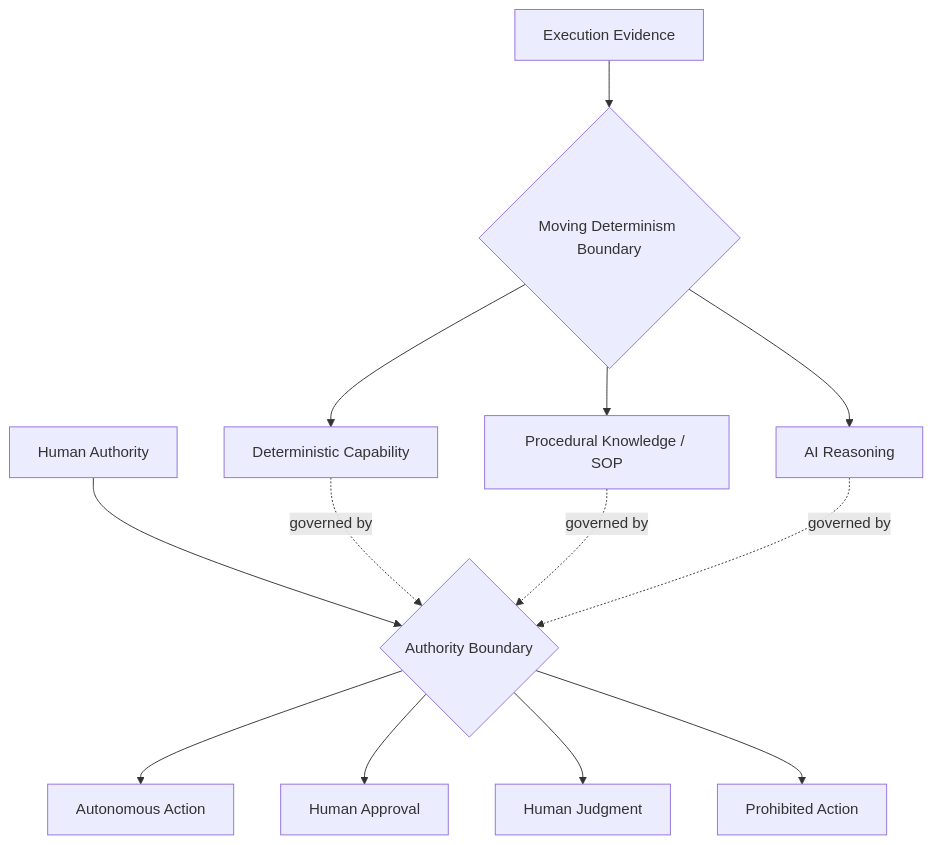
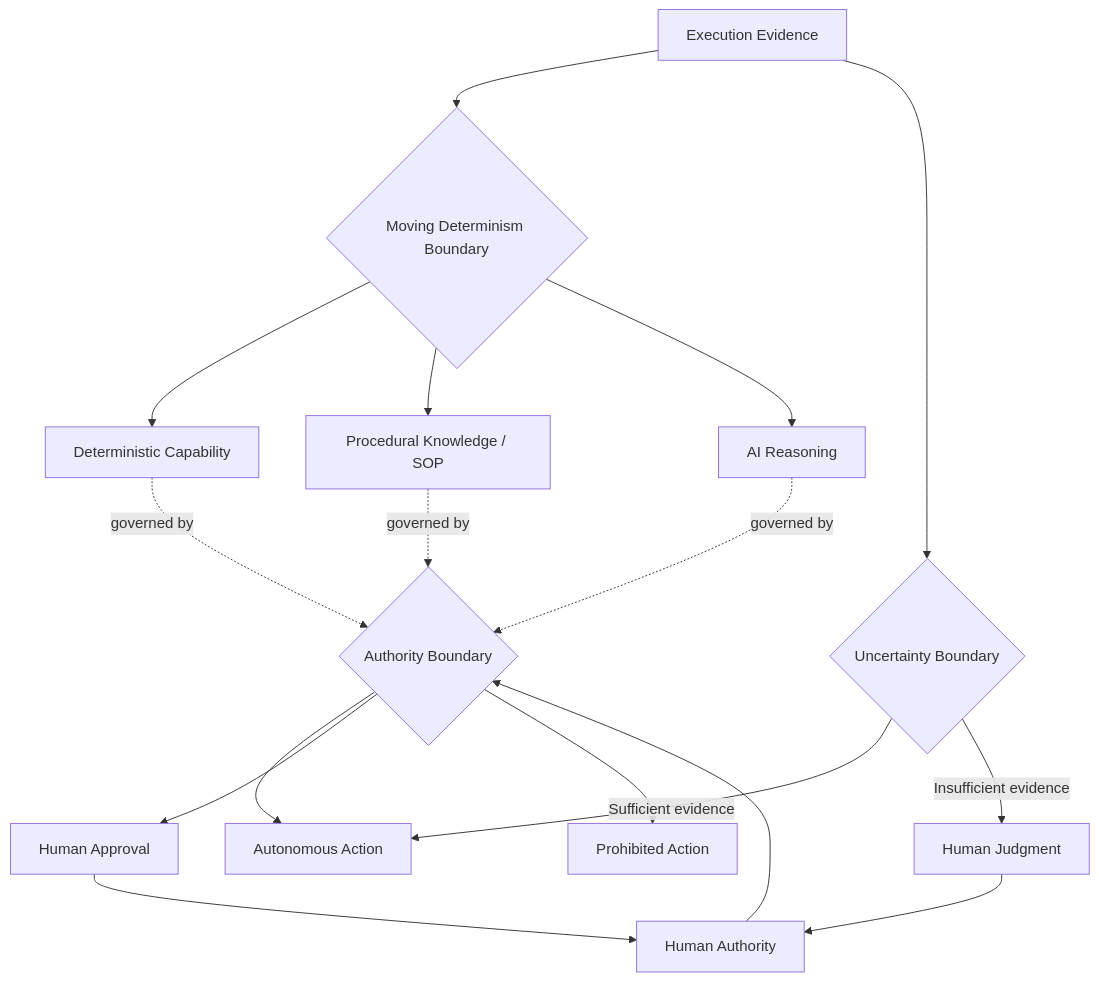
Before and after one commit to infoconex/ai-flywheel: the diagram in docs/architecture/boundaries.md, drawn with Mermaid. The commit also changed other lines of this file, not shown here.

````diff
--- a/docs/architecture/boundaries.md
+++ b/docs/architecture/boundaries.md
@@ -5,17 +7,23 @@
 ```mermaid
 flowchart TD
     E[Execution Evidence] --> M{Moving Determinism Boundary}
     M --> D[Deterministic Capability]
     M --> S[Procedural Knowledge / SOP]
     M --> R[AI Reasoning]
 
     H[Human Authority] --> A{Authority Boundary}
     A --> AU[Autonomous Action]
     A --> AP[Human Approval]
-    A --> J[Human Judgment]
     A --> P[Prohibited Action]
+
+    E --> U{Uncertainty Boundary}
+    U -->|Sufficient evidence| AU
+    U -->|Insufficient evidence| J[Human Judgment]
 
     D -. governed by .-> A
     S -. governed by .-> A
     R -. governed by .-> A
+
+    AP --> H
+    J --> H
 ```
````
